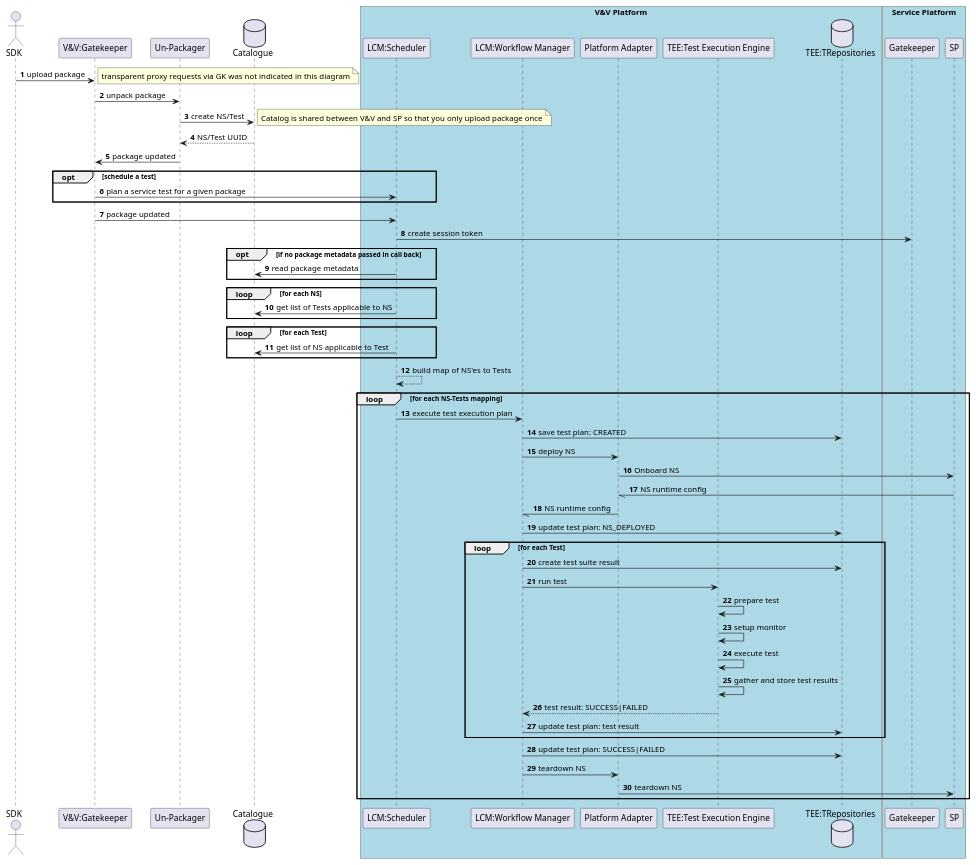
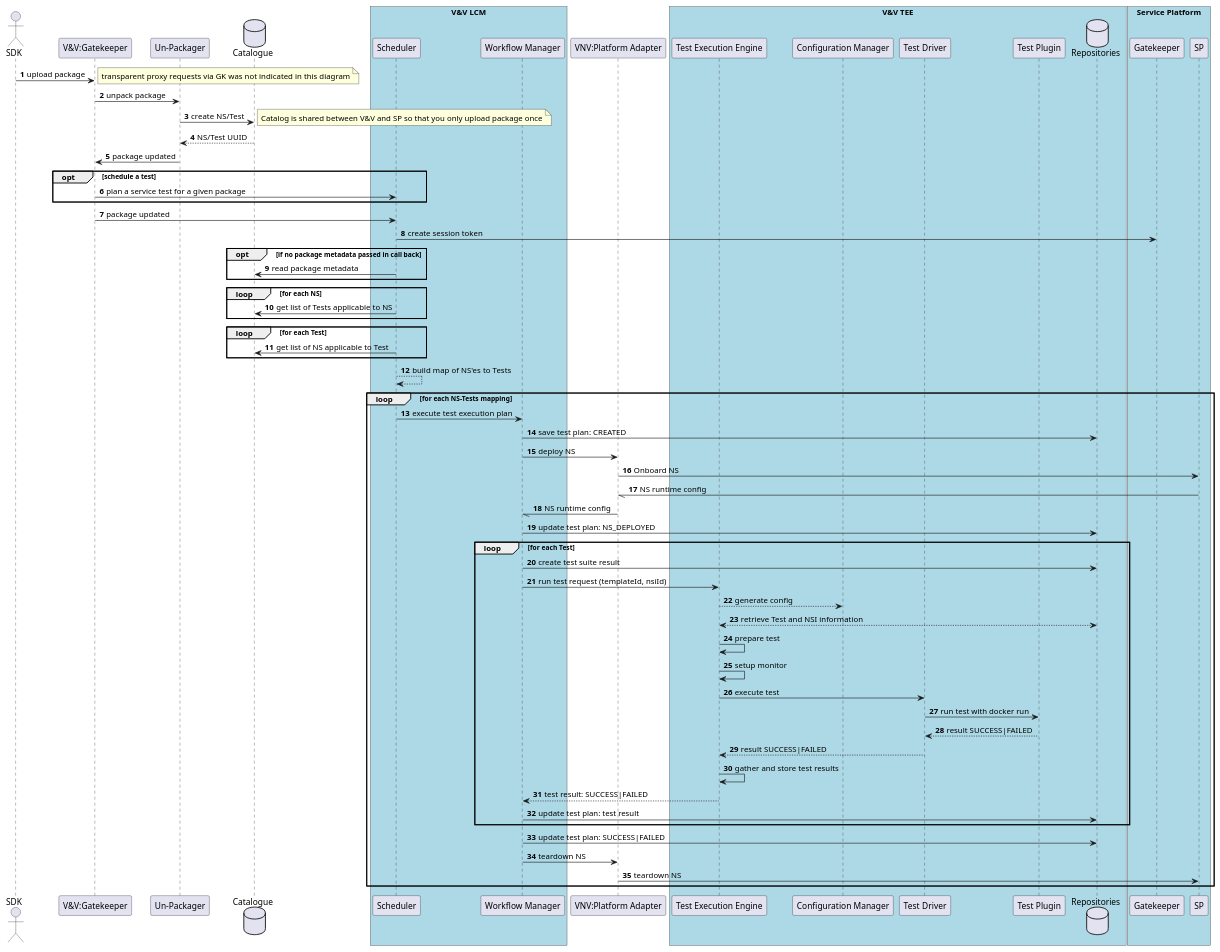
Before and after one commit to sonata-nfv/tng-vnv-lcm: the diagram in src/docs/developer-guide/extensions/overview/vnv_workflow_sequence_current.adoc, drawn with PlantUML.

Commit message:
add more flows on the inner workings of TEE to the sequence diagram

```diff
--- a/src/docs/developer-guide/extensions/overview/vnv_workflow_sequence_current.adoc
+++ b/src/docs/developer-guide/extensions/overview/vnv_workflow_sequence_current.adoc
@@ -10,14 +10,19 @@
 participant "V&V:Gatekeeper" as GKofVNV
 participant "Un-Packager" as PKG
 database "Catalogue" as CAT
-box "V&V Platform" #LightBlue
-    participant "LCM:Scheduler" as Scheduler
-    participant "LCM:Workflow Manager" as WFMGR
+box "V&V LCM" #LightBlue
+    participant "Scheduler" as Scheduler
+    participant "Workflow Manager" as WFMGR
 '     database "Local Catalogue" as LOCAT
 '     todo we need to add the flows around the LOCAT above
-    participant "Platform Adapter" as PA
-    participant "TEE:Test Execution Engine" as TEE
-    database "TEE:TRepositories" as TRR
+end box
+    participant "VNV:Platform Adapter" as PA
+box "V&V TEE" #LightBlue
+    participant "Test Execution Engine" as TEE
+    participant "Configuration Manager" as TEECM
+    participant "Test Driver" as TEETD
+    participant "Test Plugin" as TEETP
+    database "Repositories" as TRR
 end box
 
 box "Service Platform" #LightBlue
@@ -62,10 +67,15 @@
         WFMGR -> TRR : update test plan: NS_DEPLOYED
         loop for each Test
               WFMGR -> TRR : create test suite result
-              WFMGR -> TEE : run test
+              WFMGR -> TEE : run test request (templateId, nsiId)
+              TEE -->TEECM : generate config
+              TEE <--> TRR : retrieve Test and NSI information
               TEE -> TEE : prepare test
               TEE -> TEE : setup monitor
-              TEE -> TEE : execute test
+              TEE -> TEETD : execute test
+              TEETD -> TEETP : run test with docker run
+              TEETD <-- TEETP : result SUCCESS|FAILED
+              TEETD --> TEE : result SUCCESS|FAILED
               TEE -> TEE : gather and store test results
               TEE --> WFMGR : test result: SUCCESS|FAILED
               WFMGR -> TRR : update test plan: test result
```
